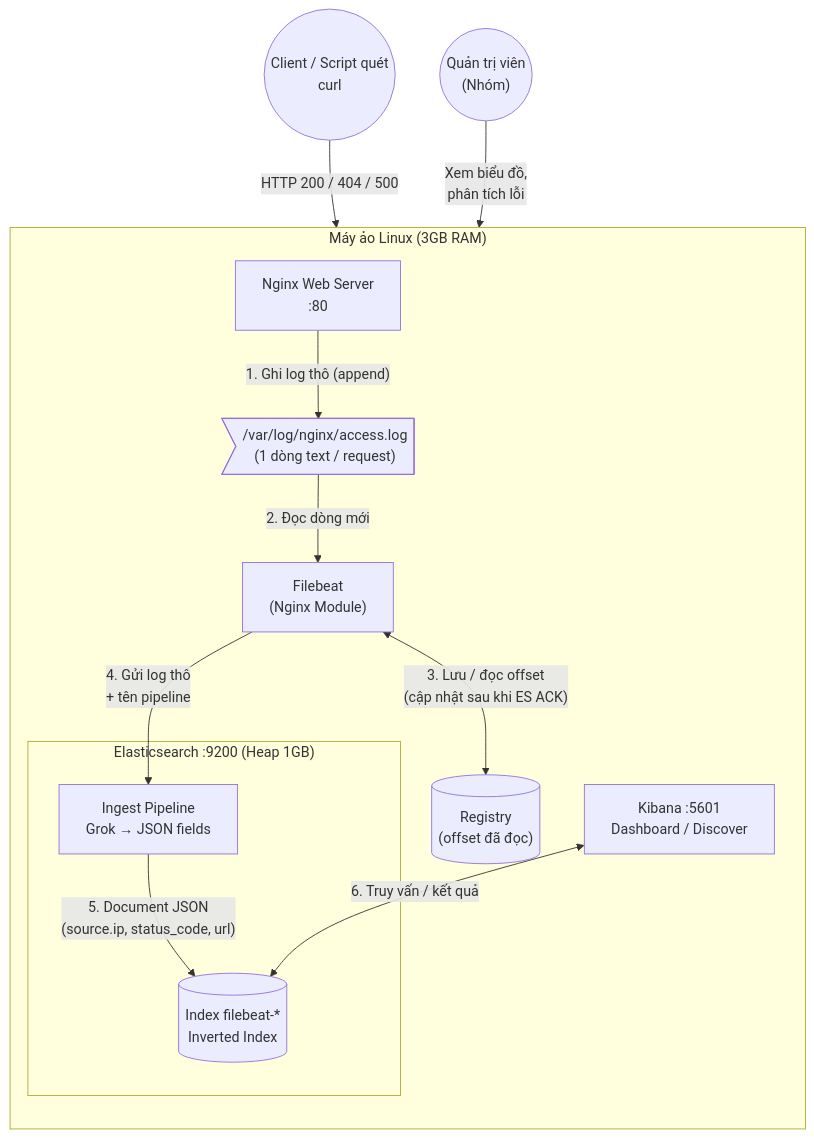
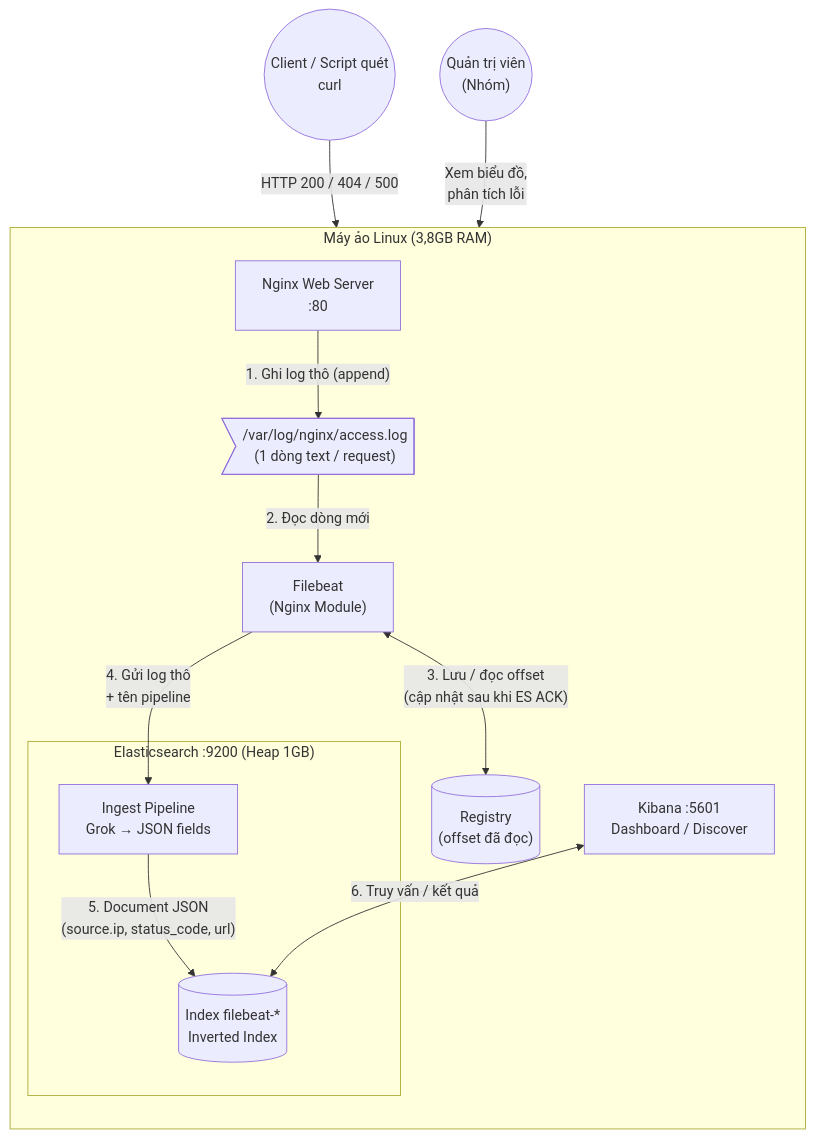
Before and after one commit to gowsec/ELK_Stack: the diagram in docs/diagrams/architecture.mmd, drawn with Mermaid. The commit also changed 2 other files, not shown here.

Commit message:
chore: fix architecture

```diff
--- a/docs/diagrams/architecture.mmd
+++ b/docs/diagrams/architecture.mmd
@@ -1,29 +1,29 @@
 graph TD
     User(("Client / Script quét<br/>curl"))
     Admin(("Quản trị viên<br/>(Nhóm)"))
 
-    subgraph VM ["Máy ảo Linux (3GB RAM)"]
+    subgraph VM ["Máy ảo Linux (3,8GB RAM)"]
         direction TB
 
         Nginx[" Nginx Web Server<br/>:80"]
         LogFile>"/var/log/nginx/access.log<br/>(1 dòng text / request)"]
         Filebeat[" Filebeat<br/>(Nginx Module)"]
         Registry[("Registry<br/>(offset đã đọc)")]
 
         subgraph ES [" Elasticsearch :9200 (Heap 1GB)"]
             Ingest[" Ingest Pipeline<br/>Grok → JSON fields"]
             Index[("Index filebeat-*<br/>Inverted Index")]
         end
 
         Kibana[" Kibana :5601<br/>Dashboard / Discover"]
 
         Nginx -- "1. Ghi log thô (append)" --> LogFile
         LogFile -- "2. Đọc dòng mới" --> Filebeat
         Filebeat <-- "3. Lưu / đọc offset<br/>(cập nhật sau khi ES ACK)" --> Registry
         Filebeat -- "4. Gửi log thô<br/>+ tên pipeline" --> Ingest
         Ingest -- "5. Document JSON<br/>(source.ip, status_code, url)" --> Index
         Kibana <-- "6. Truy vấn / kết quả" --> Index
     end
 
     User -- "HTTP 200 / 404 / 500" --> Nginx
     Admin -- "Xem biểu đồ,<br/>phân tích lỗi" --> Kibana
```
